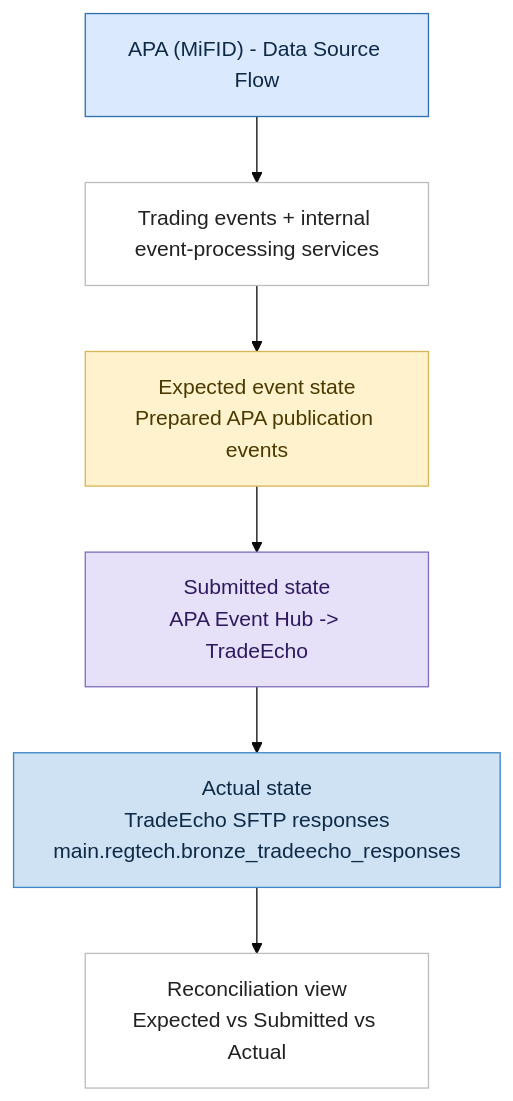
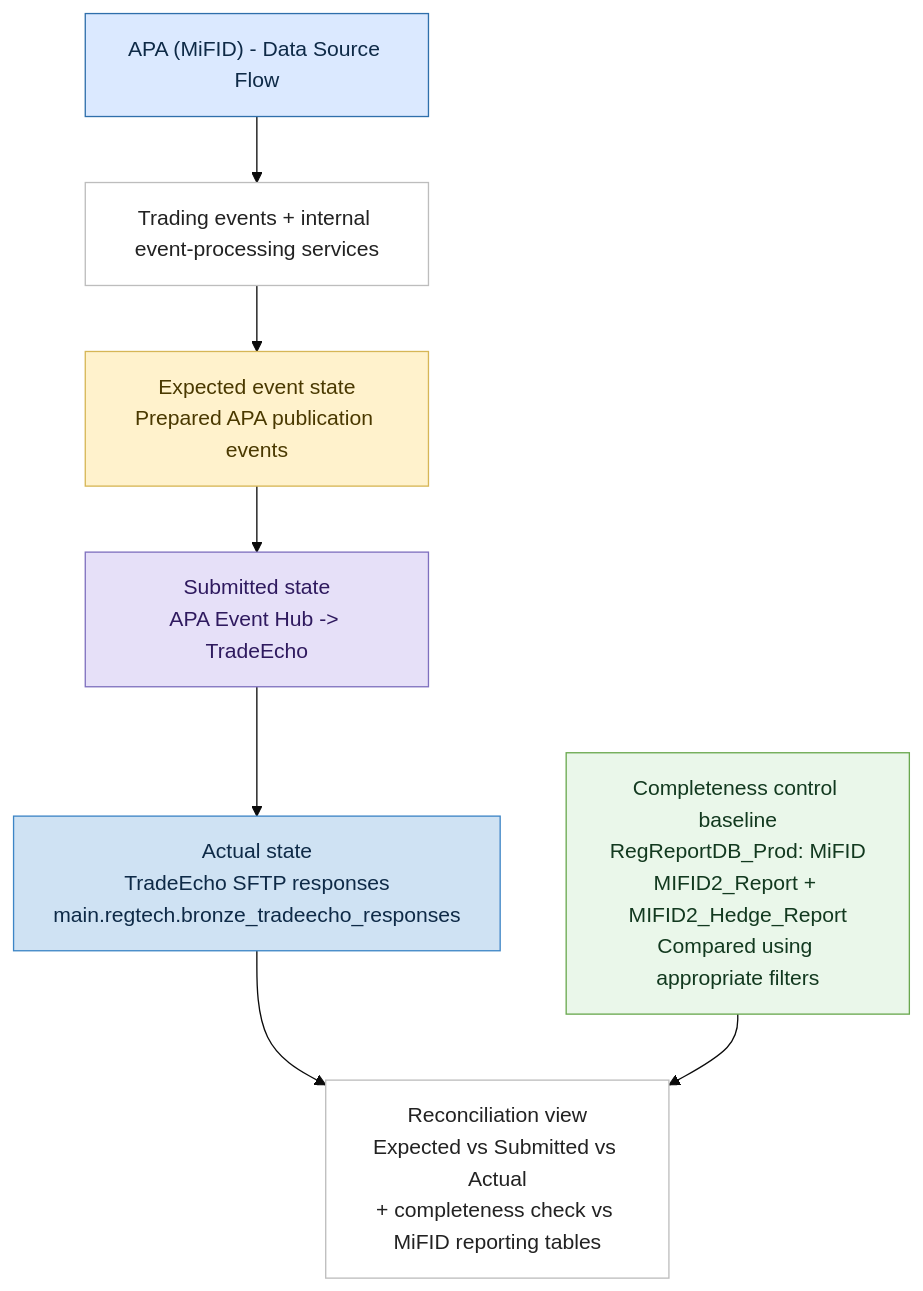
The diagram in regtech-automation-project/diagrams/reporting-model-apa-data-sources.md (valentinosko-hub/RegTech), drawn with Mermaid (base theme) before and after one commit. The commit also changed 1 other file, not shown here.

Commit message:
Add APA completeness check against MiFID report tables

````diff
--- a/regtech-automation-project/diagrams/reporting-model-apa-data-sources.md
+++ b/regtech-automation-project/diagrams/reporting-model-apa-data-sources.md
@@ -3,24 +3,28 @@
 ```mermaid
 flowchart TB
   T["APA (MiFID) - Data Source Flow"]
   SRC["Trading events + internal event-processing services"]
   E["Expected event state<br/>Prepared APA publication events"]
+  COMP["Completeness control baseline<br/>RegReportDB_Prod: MiFID<br/>MIFID2_Report + MIFID2_Hedge_Report<br/>Compared using appropriate filters"]
   SUB["Submitted state<br/>APA Event Hub -> TradeEcho"]
   ACT["Actual state<br/>TradeEcho SFTP responses<br/>main.regtech.bronze_tradeecho_responses"]
-  R["Reconciliation view<br/>Expected vs Submitted vs Actual"]
+  R["Reconciliation view<br/>Expected vs Submitted vs Actual<br/>+ completeness check vs MiFID reporting tables"]
 
   T --> SRC
   SRC --> E --> SUB --> ACT --> R
+  COMP --> R
 
   classDef title fill:#dbe9ff,stroke:#2f6fab,color:#0e2a47,fontStyle:bold,fontSize:14;
   classDef expected fill:#fff2cc,stroke:#d6b656,color:#4a3900;
   classDef submitted fill:#e6e0f8,stroke:#7f70bf,color:#2f1a5f;
   classDef actual fill:#cfe2f3,stroke:#3d85c6,color:#0e2a47;
+  classDef control fill:#eaf7ea,stroke:#6aa84f,color:#12391f;
   classDef neutral fill:#ffffff,stroke:#bdbdbd,color:#222;
 
   class T title;
   class E expected;
   class SUB submitted;
   class ACT actual;
+  class COMP control;
   class SRC,R neutral;
 ```
````
